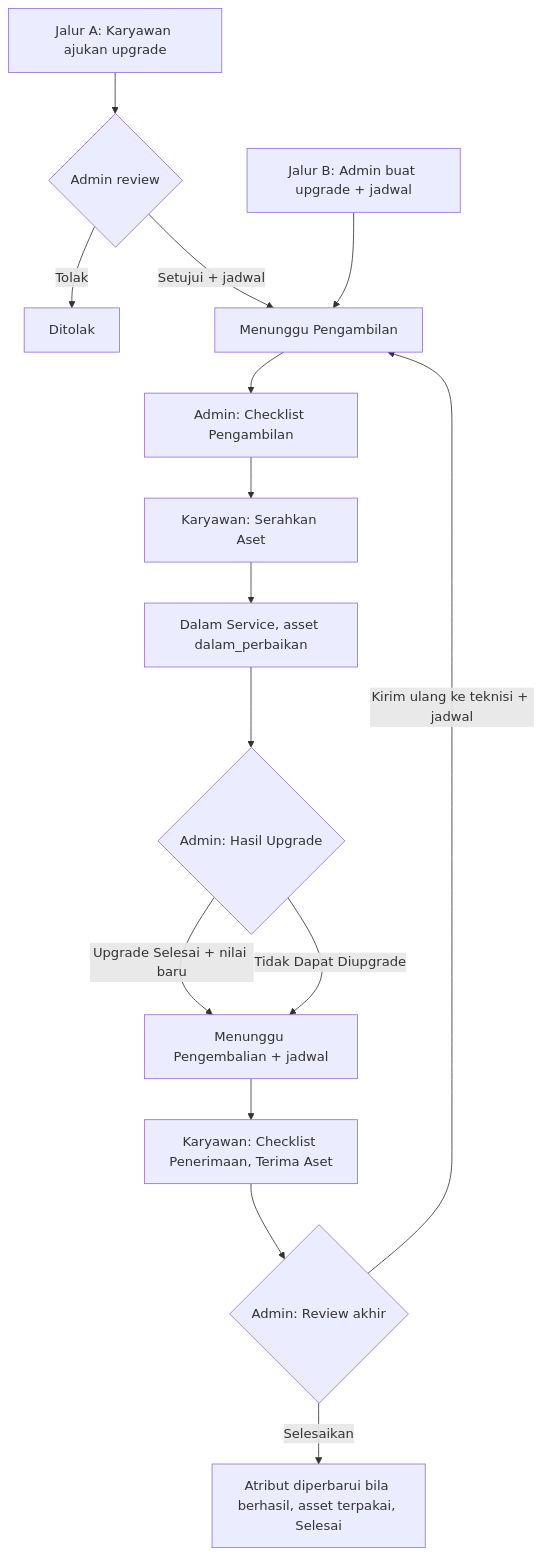
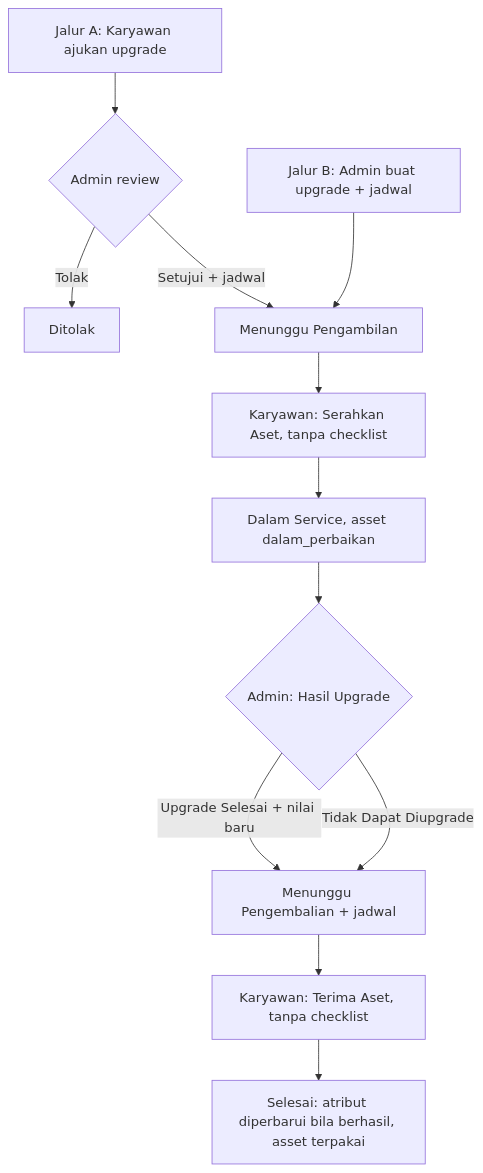
One commit to setiyawan12/DOKUMENTASI-ASSET changed the first of 4 diagrams in dokumentasi-asset-upgrade-karyawan.md. Above: the diagram before and after it, drawn with Mermaid. The commit also changed other lines of this file and 6 other files, not shown here.

````diff
--- a/dokumentasi-asset-upgrade-karyawan.md
+++ b/dokumentasi-asset-upgrade-karyawan.md
@@ -234,17 +249,14 @@
 ```mermaid
 flowchart TD
     A1[Jalur A: Karyawan ajukan upgrade] --> R{Admin review}
     R -->|Tolak| T[Ditolak]
     R -->|Setujui + jadwal| P[Menunggu Pengambilan]
     B1[Jalur B: Admin buat upgrade + jadwal] --> P
-    P --> C[Admin: Checklist Pengambilan]
-    C --> S[Karyawan: Serahkan Aset]
+    P --> S[Karyawan: Serahkan Aset, tanpa checklist]
     S --> D[Dalam Service, asset dalam_perbaikan]
     D --> H{Admin: Hasil Upgrade}
     H -->|Upgrade Selesai + nilai baru| K[Menunggu Pengembalian + jadwal]
     H -->|Tidak Dapat Diupgrade| K
-    K --> G[Karyawan: Checklist Penerimaan, Terima Aset]
-    G --> V{Admin: Review akhir}
-    V -->|Selesaikan| F[Atribut diperbarui bila berhasil, asset terpakai, Selesai]
-    V -->|Kirim ulang ke teknisi + jadwal| P
+    K --> G[Karyawan: Terima Aset, tanpa checklist]
+    G --> F[Selesai: atribut diperbarui bila berhasil, asset terpakai]
 ```
````
